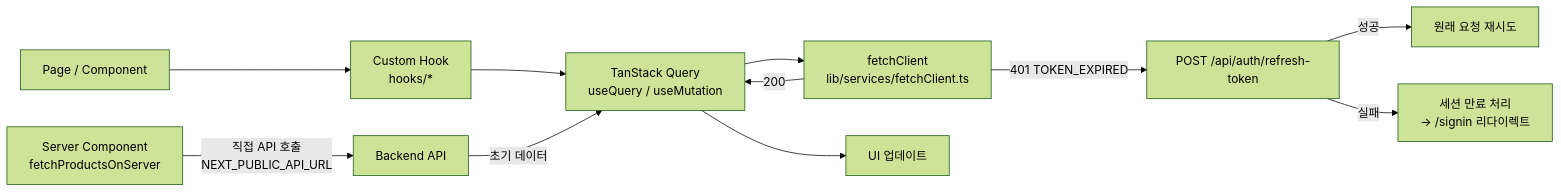
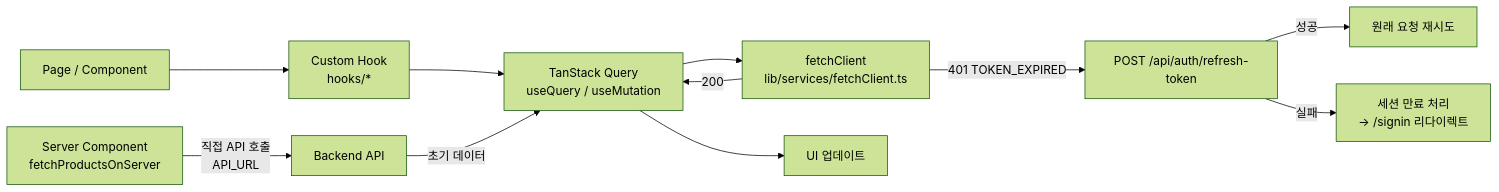
The second of 4 diagrams in README.md (myfunnyhome/13-2-snack-fe), drawn with Mermaid (forest theme) before and after one commit. The commit also changed other lines of this file, not shown here.

````diff
--- a/README.md
+++ b/README.md
@@ -69,14 +69,14 @@
 ```mermaid
 flowchart LR
     Page["Page / Component"] --> Hook["Custom Hook<br/>hooks/*"]
     Hook --> TQ["TanStack Query<br/>useQuery / useMutation"]
     TQ --> FC["fetchClient<br/>lib/services/fetchClient.ts"]
     FC -- "401 TOKEN_EXPIRED" --> Refresh["POST /api/auth/refresh-token"]
     Refresh -- "성공" --> Retry["원래 요청 재시도"]
     Refresh -- "실패" --> Session["세션 만료 처리<br/>→ /signin 리다이렉트"]
     FC -- "200" --> TQ
     TQ --> UI["UI 업데이트"]
 
-    SSR["Server Component<br/>fetchProductsOnServer"] -- "직접 API 호출<br/>NEXT_PUBLIC_API_URL" --> BE["Backend API"]
+    SSR["Server Component<br/>fetchProductsOnServer"] -- "직접 API 호출<br/>API_URL" --> BE["Backend API"]
     BE -- "초기 데이터" --> TQ
 ```
````
